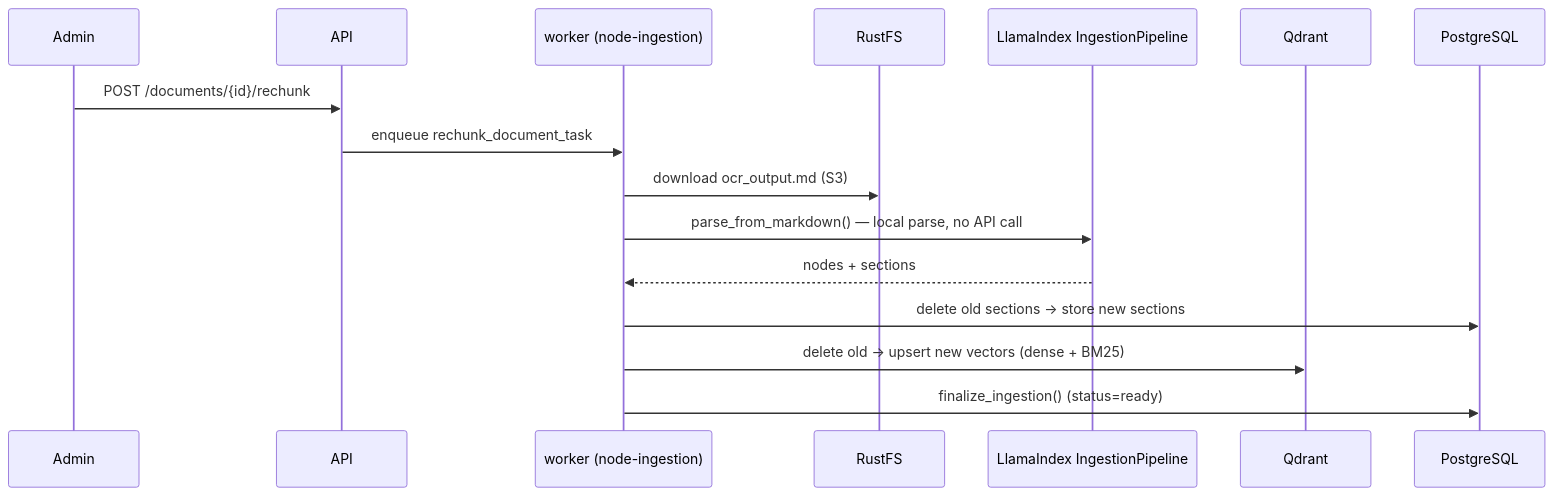
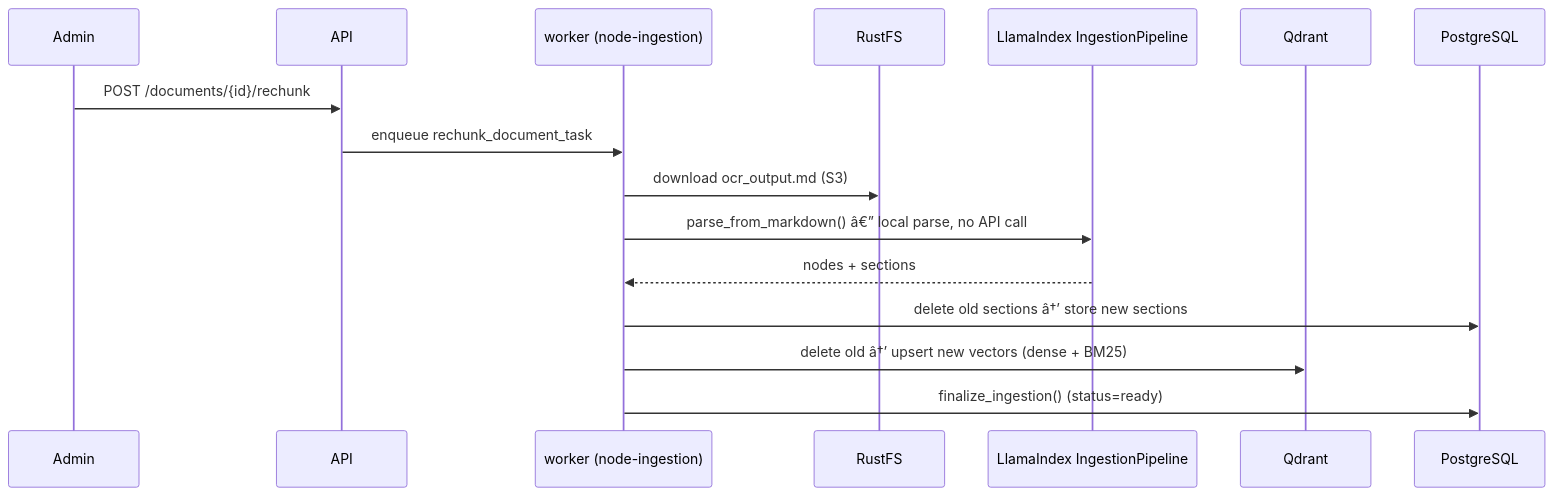
One commit to qtuanph/chatbot-rag changed the second of 2 diagrams in docs/2.1_WORKFLOWS_INGESTION.md. Above: the diagram before and after it, drawn with Mermaid. The commit also changed other lines of this file and 37 other files, not shown here.

````diff
--- a/docs/2.1_WORKFLOWS_INGESTION.md
+++ b/docs/2.1_WORKFLOWS_INGESTION.md
@@ -44,20 +44,20 @@
 ```mermaid
 sequenceDiagram
     participant Admin
     participant API
     participant Worker as worker (node-ingestion)
     participant Storage as RustFS
     participant LiPipeline as LlamaIndex IngestionPipeline
     participant Qdrant
     participant DB as PostgreSQL
 
     Admin->>API: POST /documents/{id}/rechunk
     API->>Worker: enqueue rechunk_document_task
 
     Worker->>Storage: download ocr_output.md (S3)
-    Worker->>LiPipeline: parse_from_markdown() — local parse, no API call
+    Worker->>LiPipeline: parse_from_markdown() â€” local parse, no API call
     LiPipeline-->>Worker: nodes + sections
-    Worker->>DB: delete old sections → store new sections
-    Worker->>Qdrant: delete old → upsert new vectors (dense + BM25)
+    Worker->>DB: delete old sections â†’ store new sections
+    Worker->>Qdrant: delete old â†’ upsert new vectors (dense + BM25)
     Worker->>DB: finalize_ingestion() (status=ready)
 ```
````
